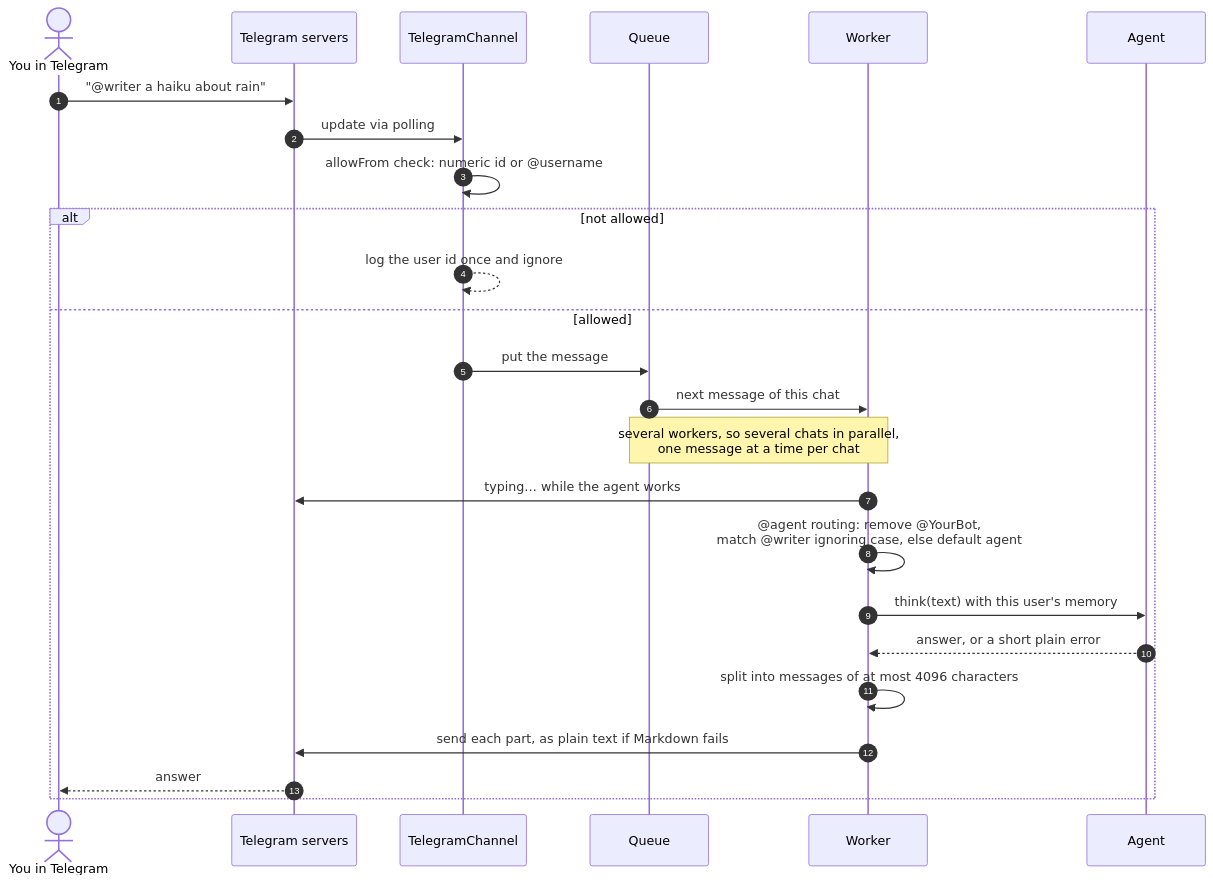
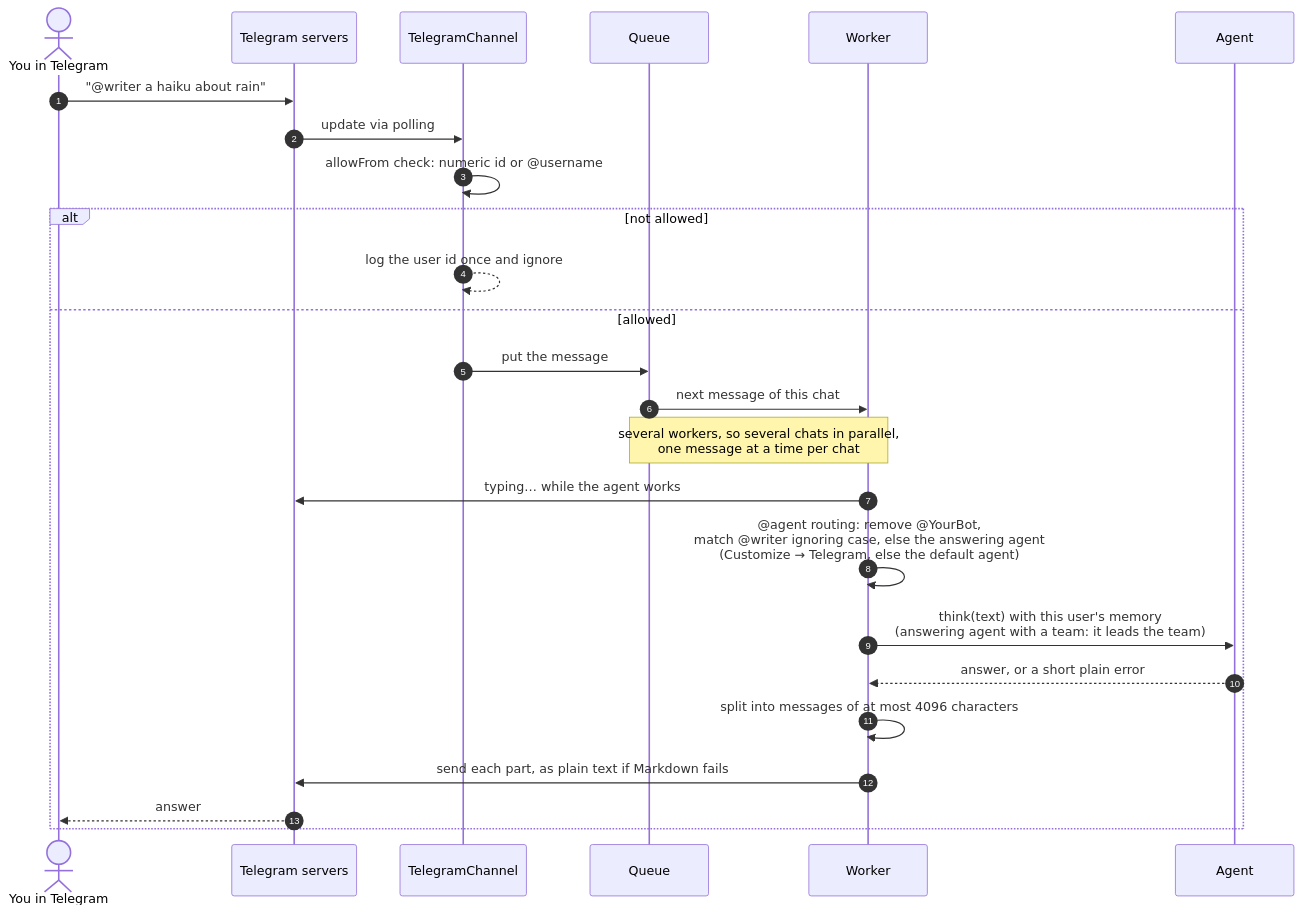
One commit to adrianx26/zensynora changed diagram 17 of 20 in docs/architecture_diagram.md. Above: the diagram before and after it, drawn with Mermaid. The commit also changed other lines of this file and 41 other files, not shown here.

````diff
--- a/docs/architecture_diagram.md
+++ b/docs/architecture_diagram.md
@@ -551,27 +552,27 @@
 ```mermaid
 sequenceDiagram
     autonumber
     actor U as You in Telegram
     participant T as Telegram servers
     participant C as TelegramChannel
     participant Q as Queue
     participant W as Worker
     participant A as Agent
     U->>T: "@writer a haiku about rain"
     T->>C: update via polling
     C->>C: allowFrom check: numeric id or @username
     alt not allowed
         C-->>C: log the user id once and ignore
     else allowed
         C->>Q: put the message
         Q->>W: next message of this chat
         Note over Q,W: several workers, so several chats in parallel,<br/>one message at a time per chat
         W->>T: typing… while the agent works
-        W->>W: @agent routing: remove @YourBot,<br/>match @writer ignoring case, else default agent
-        W->>A: think(text) with this user's memory
+        W->>W: @agent routing: remove @YourBot,<br/>match @writer ignoring case, else the answering agent<br/>(Customize → Telegram, else the default agent)
+        W->>A: think(text) with this user's memory<br/>(answering agent with a team: it leads the team)
         A-->>W: answer, or a short plain error
         W->>W: split into messages of at most 4096 characters
         W->>T: send each part, as plain text if Markdown fails
         T-->>U: answer
     end
 ```
````
